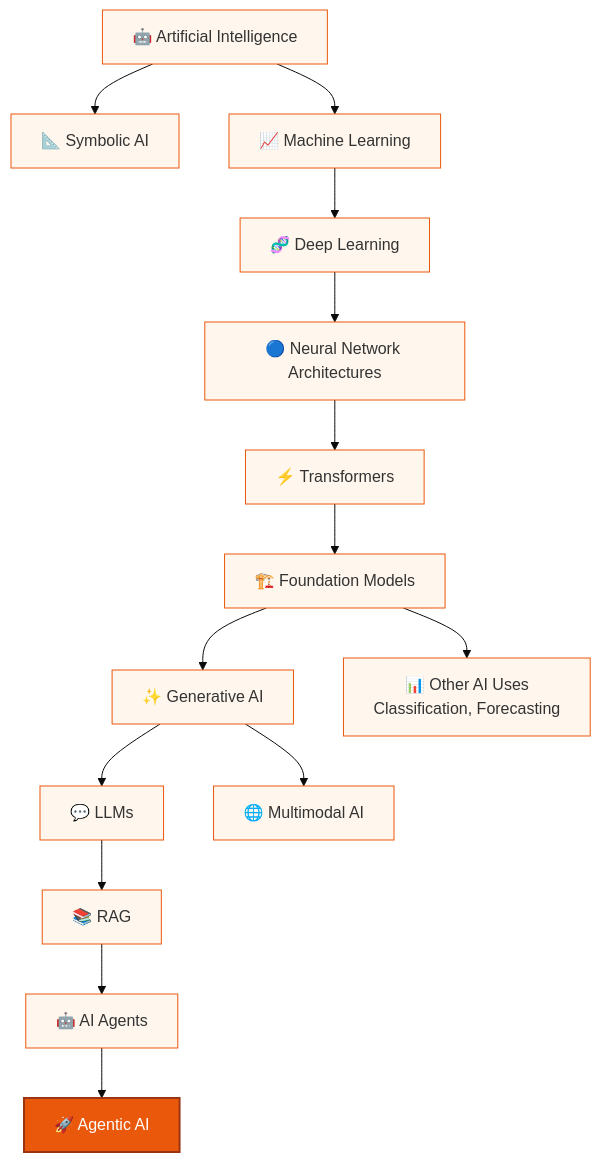
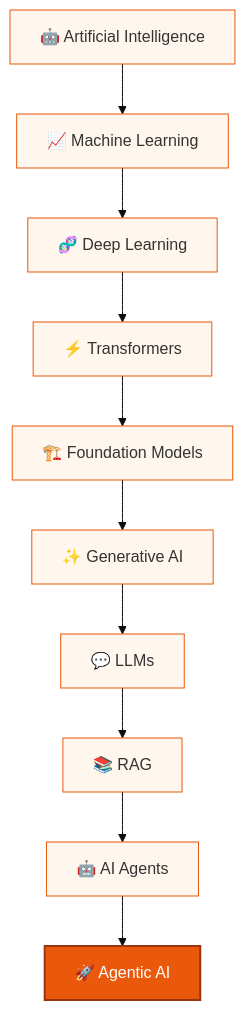
Before and after one commit to maliksiddiq/learning-agentic-ai: the fifth of 5 diagrams in Agentic Ai Learning/00 Introduction of Ai/readme.md, drawn with Mermaid. The commit also changed other lines of this file and 2 other files, not shown here.

````diff
--- a/Agentic Ai Learning/00 Introduction of Ai/readme.md
+++ b/Agentic Ai Learning/00 Introduction of Ai/readme.md
@@ -430,21 +244,17 @@
 ```mermaid
 %%{init: {'theme':'base', 'themeVariables': {'primaryColor':'#fff7ed','primaryBorderColor':'#ea580c'}}}%%
 graph TD
-    AI[🤖 Artificial Intelligence]
-    AI --> SYM[📐 Symbolic AI]
-    AI --> ML[📈 Machine Learning]
-    ML --> DL[🧬 Deep Learning]
-    DL --> NN[🔵 Neural Network Architectures]
-    NN --> TR[⚡ Transformers]
-    TR --> FM[🏗️ Foundation Models]
-    FM --> GENAI[✨ Generative AI]
-    FM --> OTHER[📊 Other AI Uses<br/>Classification, Forecasting]
-    GENAI --> LLM[💬 LLMs]
-    GENAI --> MM[🌐 Multimodal AI]
-    LLM --> RAG2[📚 RAG]
-    RAG2 --> AGENT2[🤖 AI Agents]
-    AGENT2 --> AGENTIC2[🚀 Agentic AI]
+    AI2[🤖 Artificial Intelligence]
+    AI2 --> ML2[📈 Machine Learning]
+    ML2 --> DL2[🧬 Deep Learning]
+    DL2 --> TR2[⚡ Transformers]
+    TR2 --> FM2[🏗️ Foundation Models]
+    FM2 --> GEN2[✨ Generative AI]
+    GEN2 --> LLM5[💬 LLMs]
+    LLM5 --> RAG5[📚 RAG]
+    RAG5 --> AGENT5[🤖 AI Agents]
+    AGENT5 --> AGENTIC5[🚀 Agentic AI]
 
     classDef highlight fill:#ea580c,color:#fff,stroke:#9a3412,stroke-width:2px;
-    class AGENTIC2 highlight;
+    class AGENTIC5 highlight;
 ```
````
